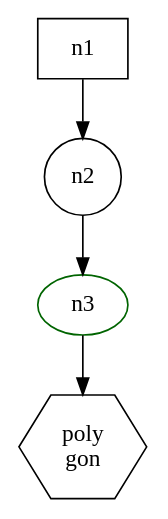
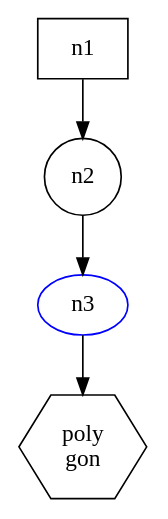
One commit to mark-summerfield/gviz changed the diagram in eg/test-nl.gv. Above: the diagram before and after it, drawn with Graphviz. The commit also changed 5 other files, not shown here.

```diff
--- a/eg/test-nl.gv
+++ b/eg/test-nl.gv
@@ -1,11 +1,11 @@
 digraph {
 	n1 [shape=box]
 	n2 [shape=circle]
 		
-	n3 [shape=oval color=darkgreen]
+	n3 [shape=oval color=blue]
 	n4 [shape=polygon sides=6 label="poly\ngon"]
 	
 	n1 -> n2
 	n2 -> n3
 	n3 -> n4	
 }
```
